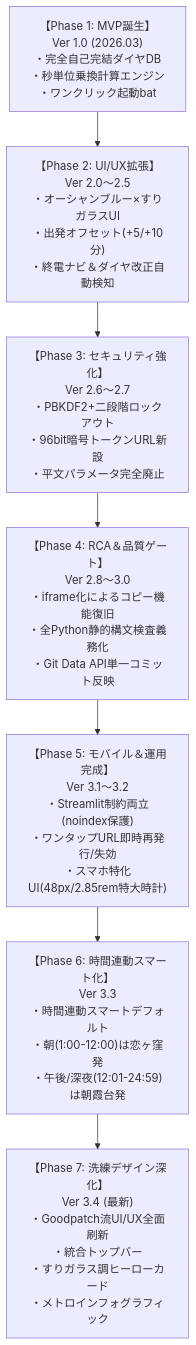
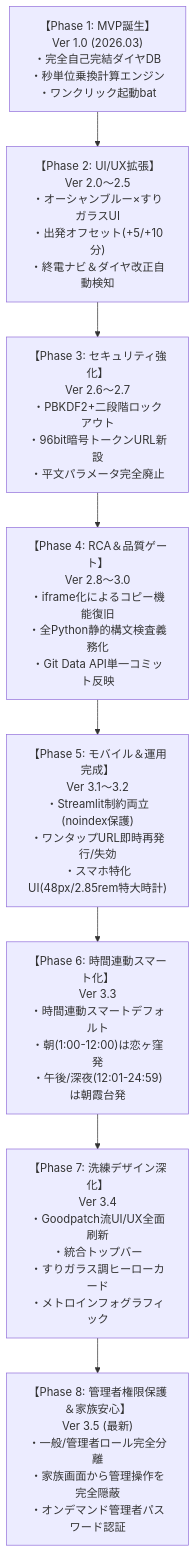
The diagram in REQUIREMENTS.md (uriboh428/koiasa-train-timer), drawn with Mermaid before and after one commit. The commit also changed other lines of this file and 3 other files, not shown here.

````diff
--- a/REQUIREMENTS.md
+++ b/REQUIREMENTS.md
@@ -20,18 +20,20 @@
 ```mermaid
 flowchart TD
     V1["【Phase 1: MVP誕生】<br>Ver 1.0 (2026.03)<br>・完全自己完結ダイヤDB<br>・秒単位乗換計算エンジン<br>・ワンクリック起動bat"]
     
     V2["【Phase 2: UI/UX拡張】<br>Ver 2.0〜2.5<br>・オーシャンブルー×すりガラスUI<br>・出発オフセット(+5/+10分)<br>・終電ナビ＆ダイヤ改正自動検知"]
     
     V3["【Phase 3: セキュリティ強化】<br>Ver 2.6〜2.7<br>・PBKDF2+二段階ロックアウト<br>・96bit暗号トークンURL新設<br>・平文パラメータ完全廃止"]
     
     V4["【Phase 4: RCA＆品質ゲート】<br>Ver 2.8〜3.0<br>・iframe化によるコピー機能復旧<br>・全Python静的構文検査義務化<br>・Git Data API単一コミット反映"]
     
     V5["【Phase 5: モバイル＆運用完成】<br>Ver 3.1〜3.2<br>・Streamlit制約両立(noindex保護)<br>・ワンタップURL即時再発行/失効<br>・スマホ特化UI(48px/2.85rem特大時計)"]
 
     V6["【Phase 6: 時間連動スマート化】<br>Ver 3.3<br>・時間連動スマートデフォルト<br>・朝(1:00-12:00)は恋ヶ窪発<br>・午後/深夜(12:01-24:59)は朝霞台発"]
 
-    V7["【Phase 7: 洗練デザイン深化】<br>Ver 3.4 (最新)<br>・Goodpatch流UI/UX全面刷新<br>・統合トップバー<br>・すりガラス調ヒーローカード<br>・メトロインフォグラフィック"]
+    V7["【Phase 7: 洗練デザイン深化】<br>Ver 3.4<br>・Goodpatch流UI/UX全面刷新<br>・統合トップバー<br>・すりガラス調ヒーローカード<br>・メトロインフォグラフィック"]
 
-    V1 --> V2 --> V3 --> V4 --> V5 --> V6 --> V7
+    V8["【Phase 8: 管理者権限保護＆家族安心】<br>Ver 3.5 (最新)<br>・一般/管理者ロール完全分離<br>・家族画面から管理操作を完全隠蔽<br>・オンデマンド管理者パスワード認証"]
+
+    V1 --> V2 --> V3 --> V4 --> V5 --> V6 --> V7 --> V8
 ```
````
